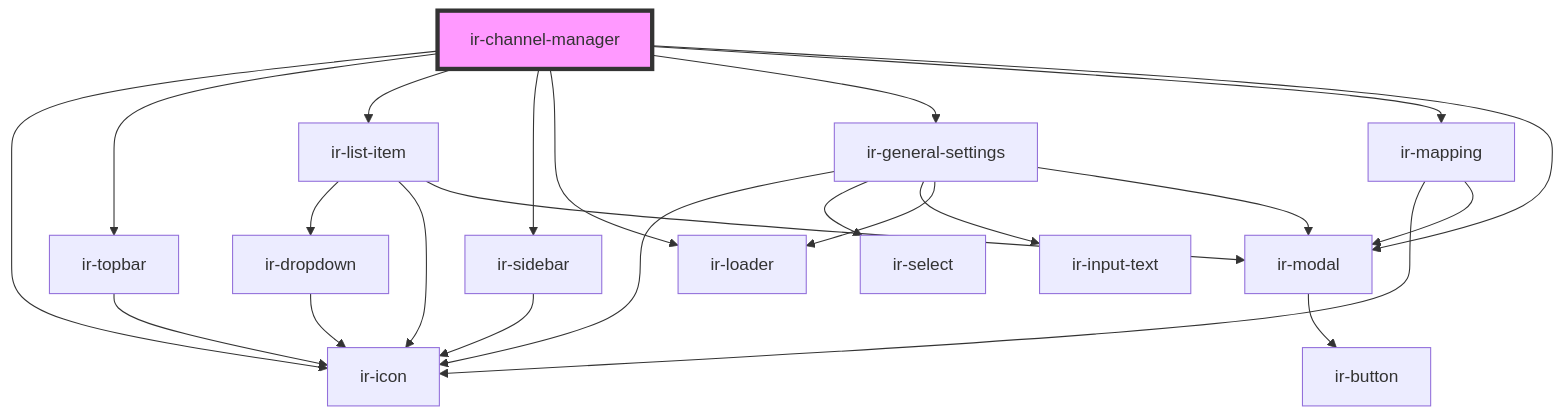
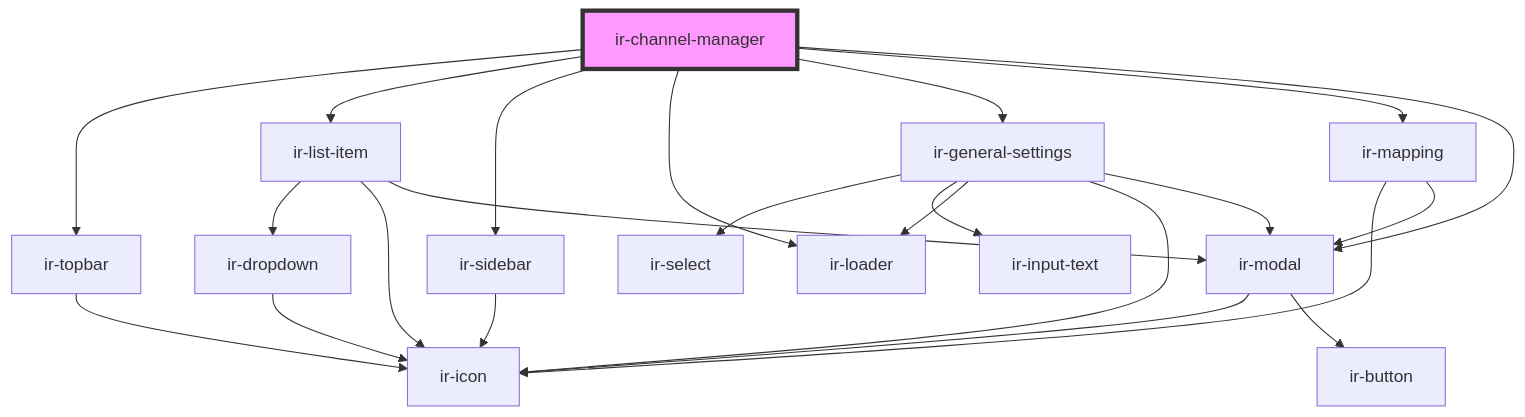
Before and after one commit to freddynasr/ir-webcmp: the diagram in src/components/ir-channel/ir-channel-manager/readme.md, drawn with Mermaid. The commit also changed other lines of this file and 12 other files, not shown here.

````diff
--- a/src/components/ir-channel/ir-channel-manager/readme.md
+++ b/src/components/ir-channel/ir-channel-manager/readme.md
@@ -38,26 +37,26 @@
 ```mermaid
 graph TD;
-  ir-channel-manager --> ir-icon
   ir-channel-manager --> ir-topbar
   ir-channel-manager --> ir-list-item
   ir-channel-manager --> ir-sidebar
   ir-channel-manager --> ir-loader
   ir-channel-manager --> ir-general-settings
   ir-channel-manager --> ir-mapping
   ir-channel-manager --> ir-modal
   ir-topbar --> ir-icon
   ir-list-item --> ir-dropdown
   ir-list-item --> ir-icon
   ir-list-item --> ir-modal
   ir-dropdown --> ir-icon
+  ir-modal --> ir-icon
   ir-modal --> ir-button
   ir-sidebar --> ir-icon
-  ir-general-settings --> ir-icon
   ir-general-settings --> ir-select
   ir-general-settings --> ir-input-text
   ir-general-settings --> ir-loader
+  ir-general-settings --> ir-icon
   ir-general-settings --> ir-modal
   ir-mapping --> ir-icon
   ir-mapping --> ir-modal
   style ir-channel-manager fill:#f9f,stroke:#333,stroke-width:4px
 ```
````
